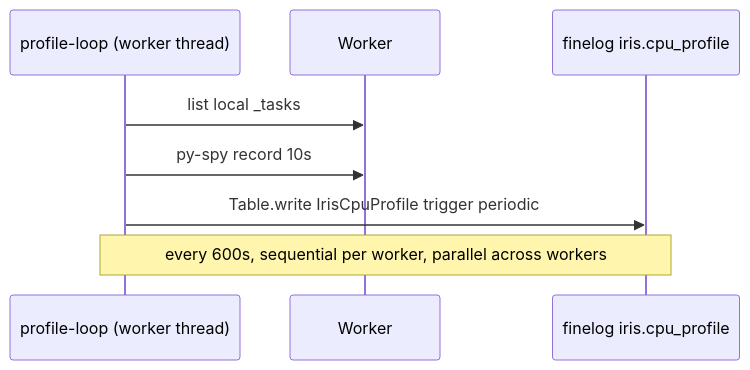
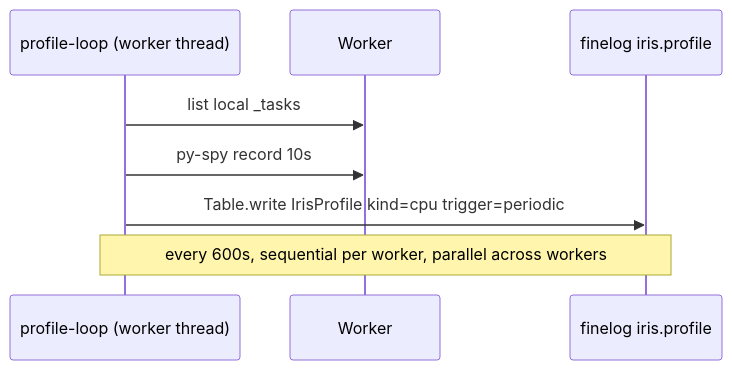
The second of 6 diagrams in .agents/projects/iris_profile_to_finelog/design.md (marin-community/marin), drawn with Mermaid before and after one commit. The commit also changed other lines of this file and 1 other file, not shown here.

First line of the commit message:
[Design] iris_profile_to_finelog: unify namespace, persist all kinds, restore controller self-profile

````diff
--- a/.agents/projects/iris_profile_to_finelog/design.md
+++ b/.agents/projects/iris_profile_to_finelog/design.md
@@ -39,10 +39,10 @@
 ```mermaid
 sequenceDiagram
     participant PLOOP as profile-loop (worker thread)
     participant W as Worker
-    participant FL as finelog iris.cpu_profile
+    participant FL as finelog iris.profile
     PLOOP->>W: list local _tasks
     PLOOP->>W: py-spy record 10s
-    PLOOP->>FL: Table.write IrisCpuProfile trigger periodic
+    PLOOP->>FL: Table.write IrisProfile kind=cpu trigger=periodic
     Note over PLOOP,FL: every 600s, sequential per worker, parallel across workers
 ```
````
